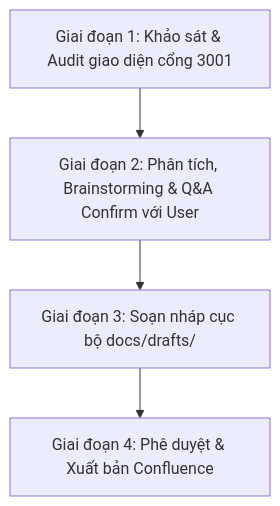
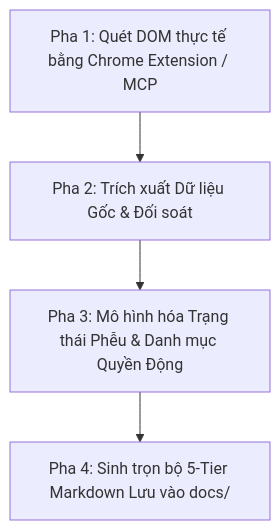
One commit to Gasyone/rinov5-station changed the diagram in docs/skills/DOCUMENT_WRITING_SKILL.md. Above: the diagram before and after it, drawn with Mermaid. The commit also changed other lines of this file and 40 other files, not shown here.

````diff
--- a/docs/skills/DOCUMENT_WRITING_SKILL.md
+++ b/docs/skills/DOCUMENT_WRITING_SKILL.md
@@ -37,6 +48,6 @@
 ```mermaid
 graph TD
-    A[Giai đoạn 1: Khảo sát & Audit giao diện cổng 3001] --> B[Giai đoạn 2: Phân tích, Brainstorming & Q&A Confirm với User]
-    B --> C[Giai đoạn 3: Soạn nháp cục bộ docs/drafts/]
-    C --> D[Giai đoạn 4: Phê duyệt & Xuất bản Confluence]
+    A[Pha 1: Quét DOM thực tế bằng Chrome Extension / MCP] --> B[Pha 2: Trích xuất Dữ liệu Gốc & Đối soát]
+    B --> C[Pha 3: Mô hình hóa Trạng thái Phễu & Danh mục Quyền Động]
+    C --> D[Pha 4: Sinh trọn bộ 5-Tier Markdown Lưu vào docs/]
 ```
````
